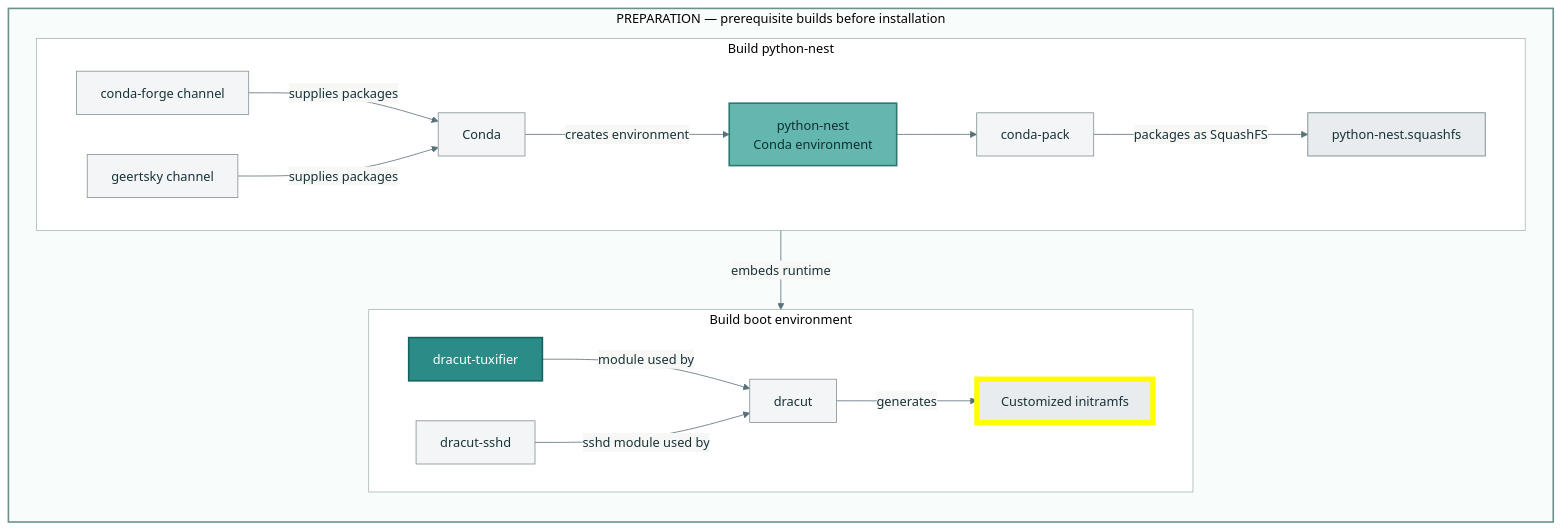
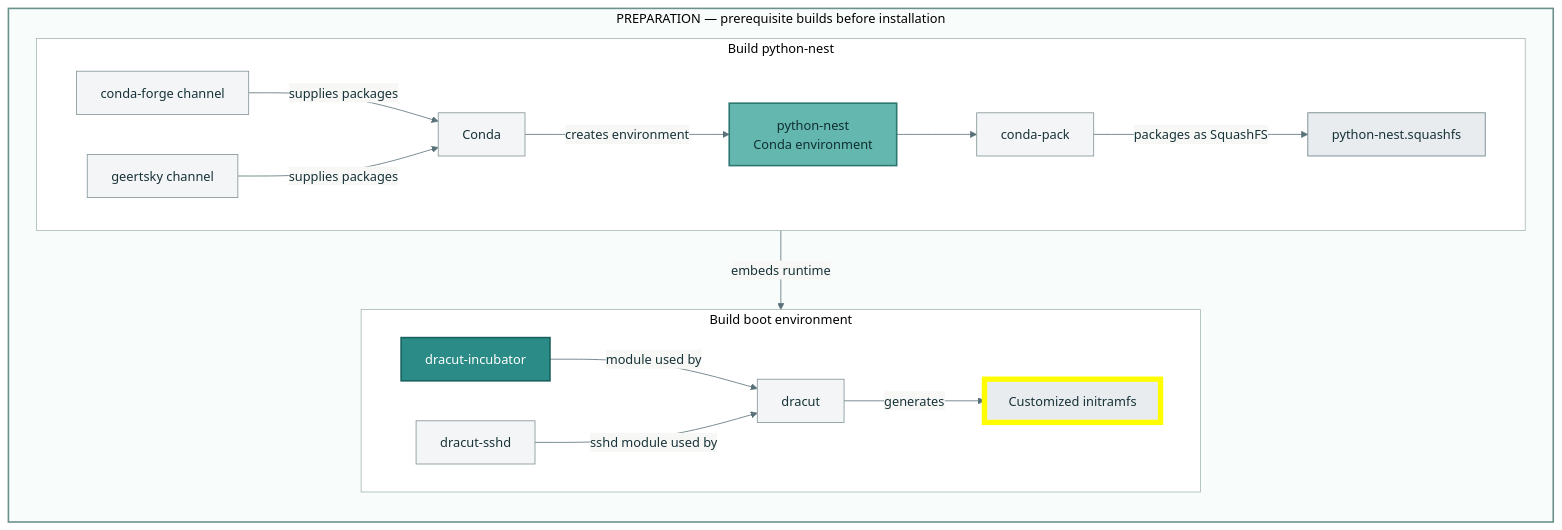
Before and after one commit to Geertsky/tuxifier-playbook: the first of 2 diagrams in docs/architecture.md, drawn with Mermaid. The commit also changed other lines of this file and 1 other file, not shown here.

Commit message:
Scope: naming|Rename dracut-tuxifier -> dracut-incubator

````diff
--- a/docs/architecture.md
+++ b/docs/architecture.md
@@ -47,69 +47,69 @@
 ```mermaid
 ---
 title:
 config:
   look: classic
   theme: base
   themeVariables:
     background: "#ffffff"
     primaryColor: "#f5f7f8"
     primaryTextColor: "#173238"
     primaryBorderColor: "#71878c"
     lineColor: "#587078"
 ---
 flowchart TB
   %% ==================== PREPARATION ====================
   subgraph PREP["PREPARATION — prerequisite builds before installation"]
     direction TB
 
     subgraph PYBUILD["Build python-nest"]
       direction LR
       CF["conda-forge channel"]:::support
       GC["geertsky channel"]:::support
       CONDA["Conda"]:::support
       TPBUILD["python-nest<br/>Conda environment"]:::tuxpy
       PACK["conda-pack"]:::support
       SQ["python-nest.squashfs"]:::artifact
 
       CF -->|"supplies packages"| CONDA
       GC -->|"supplies packages"| CONDA
       CONDA -->|"creates environment"| TPBUILD
       TPBUILD --> PACK
       PACK -->|"packages as SquashFS"| SQ
     end
 
     subgraph BOOTBUILD["Build boot environment"]
       direction LR
-      DTBUILD["dracut-tuxifier"]:::dracutTux
+      DTBUILD["dracut-incubator"]:::dracutTux
       SSHDBUILD["dracut-sshd"]:::support
       DRACUT["dracut"]:::support
       INIT["Customized initramfs"]:::custinitramfs
 
       DTBUILD -->|"module used by"| DRACUT
       SSHDBUILD -->|"sshd module used by"| DRACUT
       DRACUT -->|"generates"| INIT
     end
 
     SQ -->|"embeds runtime"| DTBUILD
 
   end
 
   %% ==================== LINKS ====================
-  click DTBUILD "https://github.com/Geertsky/dracut-tuxifier/blob/HEAD/94tuxifier/module-setup.sh" "dracut-tuxifier build integration" _blank
+  click DTBUILD "https://github.com/Geertsky/dracut-incubator/blob/HEAD/94tuxifier/module-setup.sh" "dracut-incubator build integration" _blank
   click TPBUILD "https://github.com/Geertsky/python-nest/blob/HEAD/README.md" "python-nest build and runtime documentation" _blank
 
   %% ==================== STYLING ====================
   classDef tuxifier fill:#0F6F73,stroke:#084B4E,color:#FFFFFF,stroke-width:2px
   classDef dracutTux fill:#2B8C87,stroke:#17615E,color:#FFFFFF,stroke-width:2px
   classDef tuxpy fill:#63B7AE,stroke:#2C7771,color:#102F31,stroke-width:2px
   classDef support fill:#F3F5F6,stroke:#819297,color:#173238
   classDef artifact fill:#E8ECEE,stroke:#687C82,color:#173238
   classDef note fill:#FFFFFF,stroke:#87999E,color:#173238,stroke-dasharray:4 3
   classDef prepKey fill:#EEF5F4,stroke:#6B918D,color:#173238
   classDef installKey fill:#F4F5F6,stroke:#7A858A,color:#173238
   classDef custinitramfs fill:#E8ECEE,stroke:#FFFD00,stroke-width:5pt
 
   style PREP fill:#F8FCFB,stroke:#6B918D,stroke-width:2px
   style PYBUILD fill:#FFFFFF,stroke:#A6B8B6
   style BOOTBUILD fill:#FFFFFF,stroke:#A6B8B6
 ```
````
